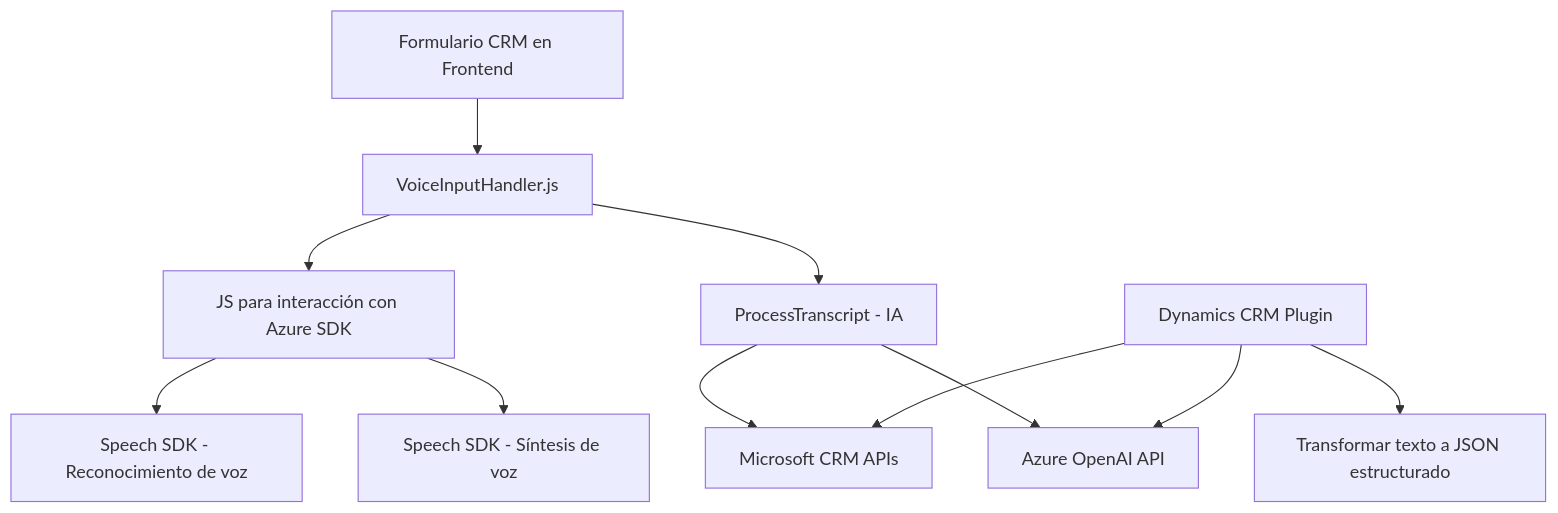
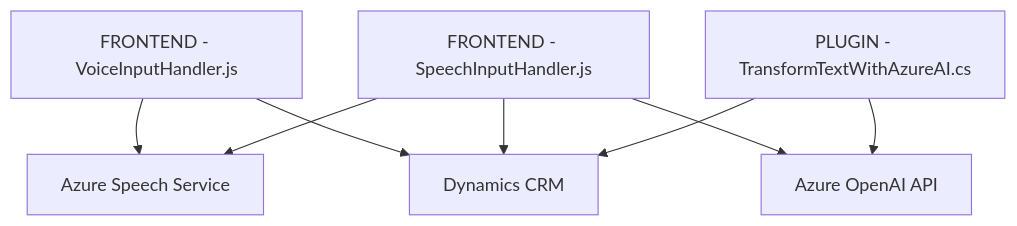
Before and after one commit to blopezdm/NETCORE_BILBAO2025: the diagram in README.md, drawn with Mermaid. The commit also changed other lines of this file, not shown here.

Commit message:
Actualizar análisis global de la solución con IA

````diff
--- a/README.md
+++ b/README.md
@@ -35,24 +40,17 @@
 ```mermaid
 graph TD
-    A["Formulario CRM en Frontend"]
-    B["JS para interacción con Azure SDK"]
-    C["Speech SDK - Reconocimiento de voz"]
-    D["Speech SDK - Síntesis de voz"]
-    E["VoiceInputHandler.js"]
-    F["ProcessTranscript - IA"]
-    G["Dynamics CRM Plugin"]
-    H["Azure OpenAI API"]
-    I["Microsoft CRM APIs"]
-    J["Transformar texto a JSON estructurado"]
+    A["FRONTEND - VoiceInputHandler.js"]
+    B["FRONTEND - SpeechInputHandler.js"]
+    C["PLUGIN - TransformTextWithAzureAI.cs"]
+    D["Azure Speech Service"]
+    E["Azure OpenAI API"]
+    F["Dynamics CRM"]
 
-    A --> E
-    E --> B
-    B --> C
+    A --> D
     B --> D
-    E --> F
-    F --> I
-    F --> H
-    G --> H
-    G --> J
-    G --> I
+    A --> F
+    B --> F
+    B --> E
+    C --> F
+    C --> E
 ```
````
